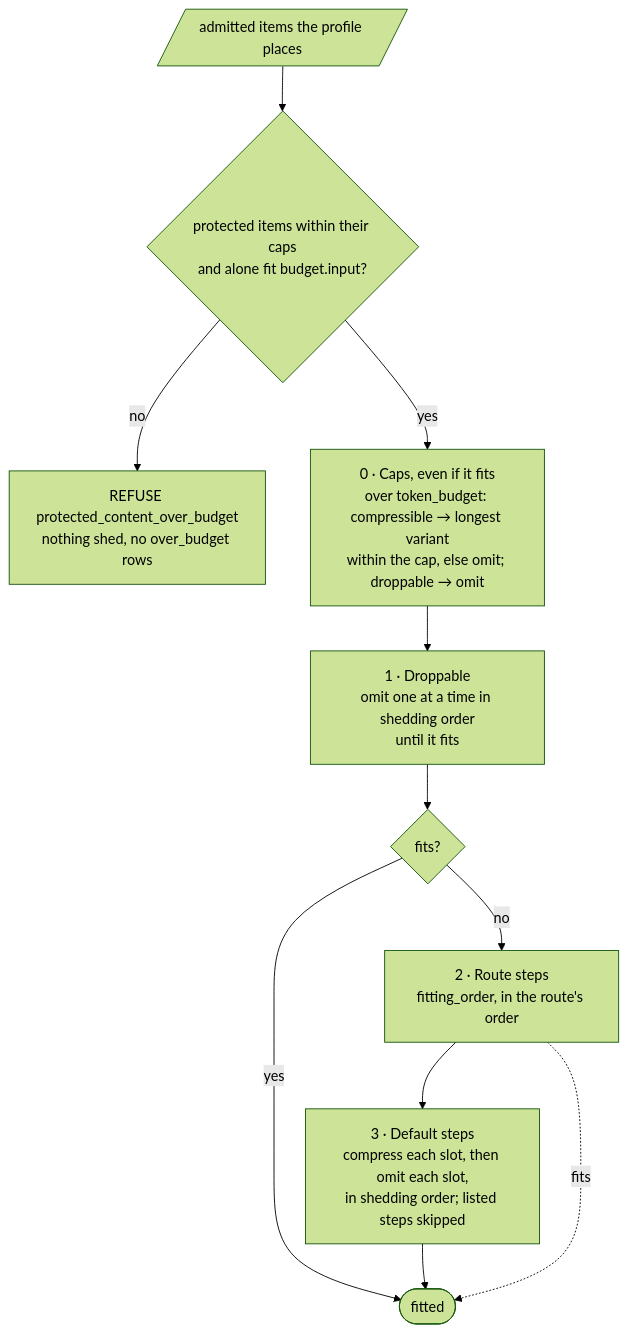
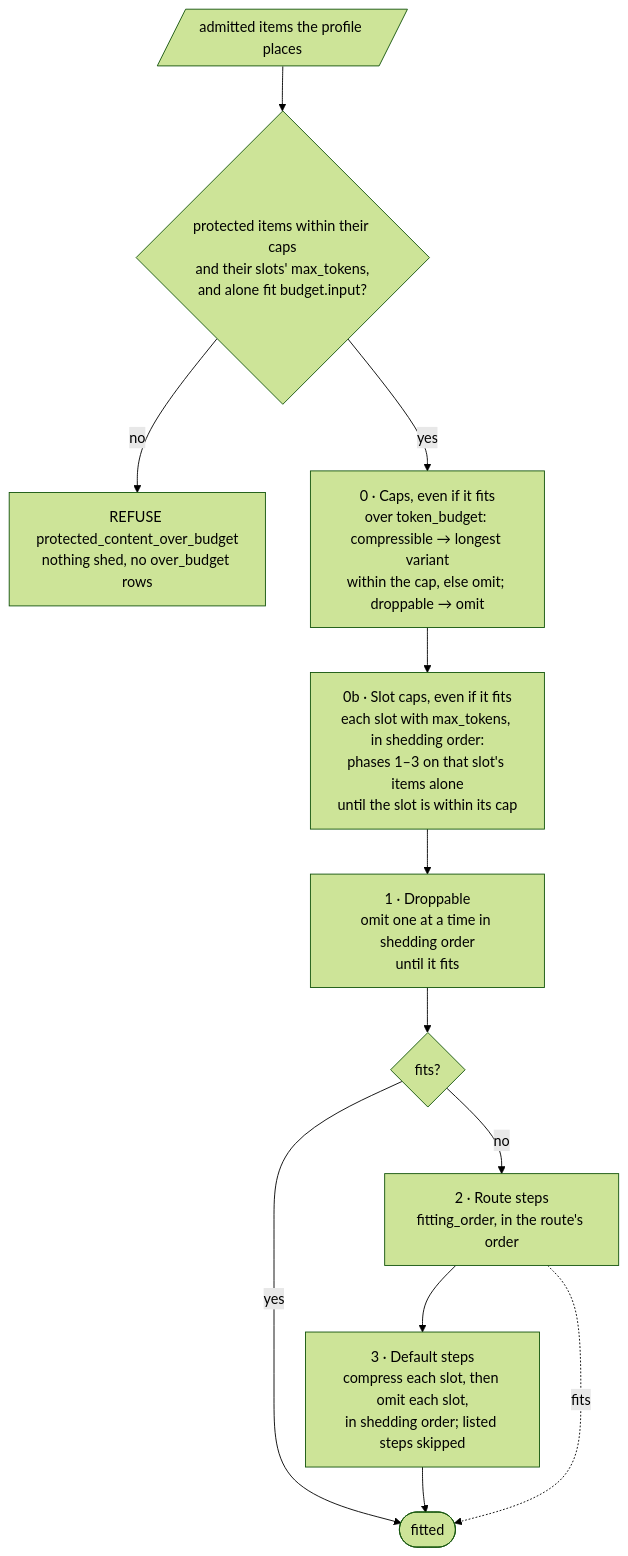
Before and after one commit to contextwindowarchitecture/assembler-python: the eighth of 16 diagrams in docs/DESIGN.md, drawn with Mermaid (forest theme). The commit also changed other lines of this file and 9 other files, not shown here.

First line of the commit message:
feat(fitting): enforce the route's per-slot max_tokens caps

````diff
--- a/docs/DESIGN.md
+++ b/docs/DESIGN.md
@@ -417,13 +417,14 @@
 ```mermaid
 flowchart TD
-  A[/"admitted items the profile places"/] --> P{"protected items within their caps<br/>and alone fit budget.input?"}
+  A[/"admitted items the profile places"/] --> P{"protected items within their caps<br/>and their slots' max_tokens,<br/>and alone fit budget.input?"}
   P -- no --> R1["REFUSE protected_content_over_budget<br/>nothing shed, no over_budget rows"]
   P -- yes --> K["0 · Caps, even if it fits<br/>over token_budget: compressible → longest variant<br/>within the cap, else omit; droppable → omit"]
-  K --> D["1 · Droppable<br/>omit one at a time in shedding order<br/>until it fits"]
+  K --> SC["0b · Slot caps, even if it fits<br/>each slot with max_tokens, in shedding order:<br/>phases 1–3 on that slot's items alone<br/>until the slot is within its cap"]
+  SC --> D["1 · Droppable<br/>omit one at a time in shedding order<br/>until it fits"]
   D --> F1{fits?}
   F1 -- yes --> OK([fitted])
   F1 -- no --> S["2 · Route steps<br/>fitting_order, in the route's order"]
   S --> C["3 · Default steps<br/>compress each slot, then omit each slot,<br/>in shedding order; listed steps skipped"]
   C --> OK
   S -. "fits" .-> OK
 ```
````
